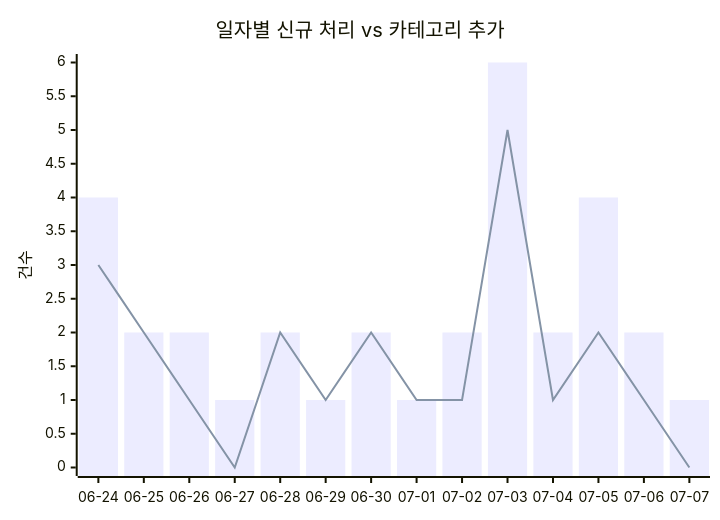
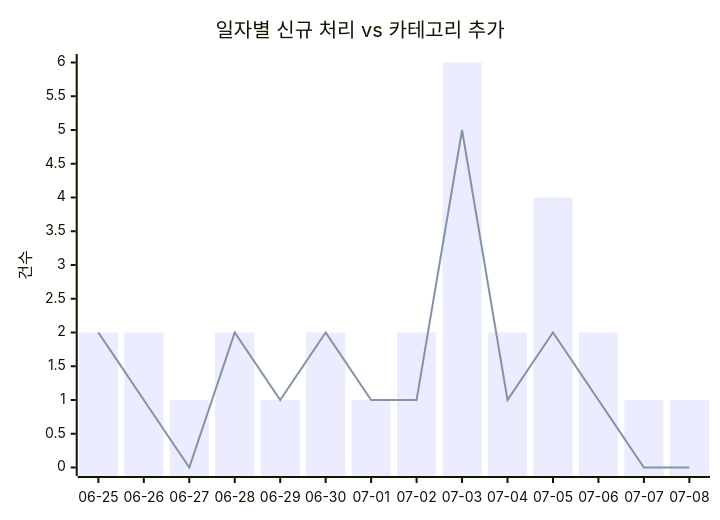
Before and after one commit to J-nowcow/awesome-korean-agent-skills: the first of 2 diagrams in docs/trends.md, drawn with Mermaid. The commit also changed other lines of this file and 2 other files, not shown here.

````diff
--- a/docs/trends.md
+++ b/docs/trends.md
@@ -32,8 +32,8 @@
 ```mermaid
 xychart-beta
     title "일자별 신규 처리 vs 카테고리 추가"
-    x-axis ["06-24","06-25","06-26","06-27","06-28","06-29","06-30","07-01","07-02","07-03","07-04","07-05","07-06","07-07"]
+    x-axis ["06-25","06-26","06-27","06-28","06-29","06-30","07-01","07-02","07-03","07-04","07-05","07-06","07-07","07-08"]
     y-axis "건수"
-    bar [4,2,2,1,2,1,2,1,2,6,2,4,2,1]
-    line [3,2,1,0,2,1,2,1,1,5,1,2,1,0]
+    bar [2,2,1,2,1,2,1,2,6,2,4,2,1,1]
+    line [2,1,0,2,1,2,1,1,5,1,2,1,0,0]
 ```
````
